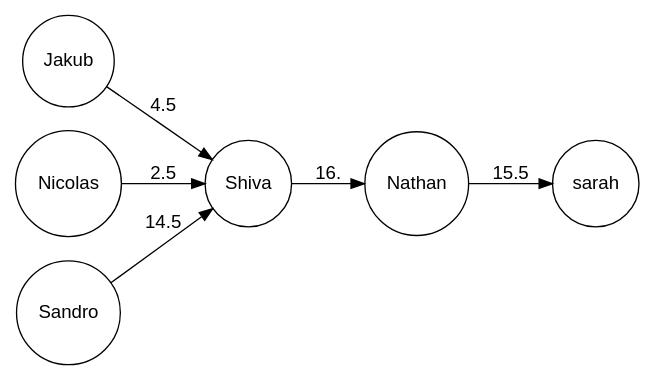
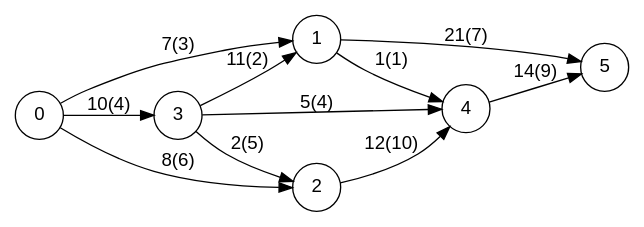
Before and after one commit to nicolasmggRigal/Ford-Fulkerson-OCaml: the diagram in graph.gv, drawn with Graphviz. The commit also changed 5 other files, not shown here.

```diff
--- a/graph.gv
+++ b/graph.gv
@@ -1,12 +1,17 @@
 digraph outgraph {
-  	fontname="Helvetica,Arial,sans-serif"
-  	node [fontname="Helvetica,Arial,sans-serif"]
-  	edge [fontname="Helvetica,Arial,sans-serif"]
-  	rankdir=LR;
-  	node [shape = circle]; Jakub Nicolas Sandro sarah Nathan Shiva
-	Shiva -> Nathan [label = "16."];
-	Nathan -> sarah [label = "15.5"];
-	Sandro -> Shiva [label = "14.5"];
-	Nicolas -> Shiva [label = "2.5"];
-	Jakub -> Shiva [label = "4.5"];
+		fontname="Helvetica,Arial,sans-serif"
+		node [fontname="Helvetica,Arial,sans-serif"]
+		edge [fontname="Helvetica,Arial,sans-serif"]
+		rankdir=LR;
+		node [shape = circle]; 0 1 2 3 4 5
+	0 -> 2 [label = "8(6)"];
+	0 -> 3 [label = "10(4)"];
+	0 -> 1 [label = "7(3)"];
+	2 -> 4 [label = "12(10)"];
+	3 -> 4 [label = "5(4)"];
+	3 -> 2 [label = "2(5)"];
+	3 -> 1 [label = "11(2)"];
+	1 -> 4 [label = "1(1)"];
+	1 -> 5 [label = "21(7)"];
+	4 -> 5 [label = "14(9)"];
 }
```
